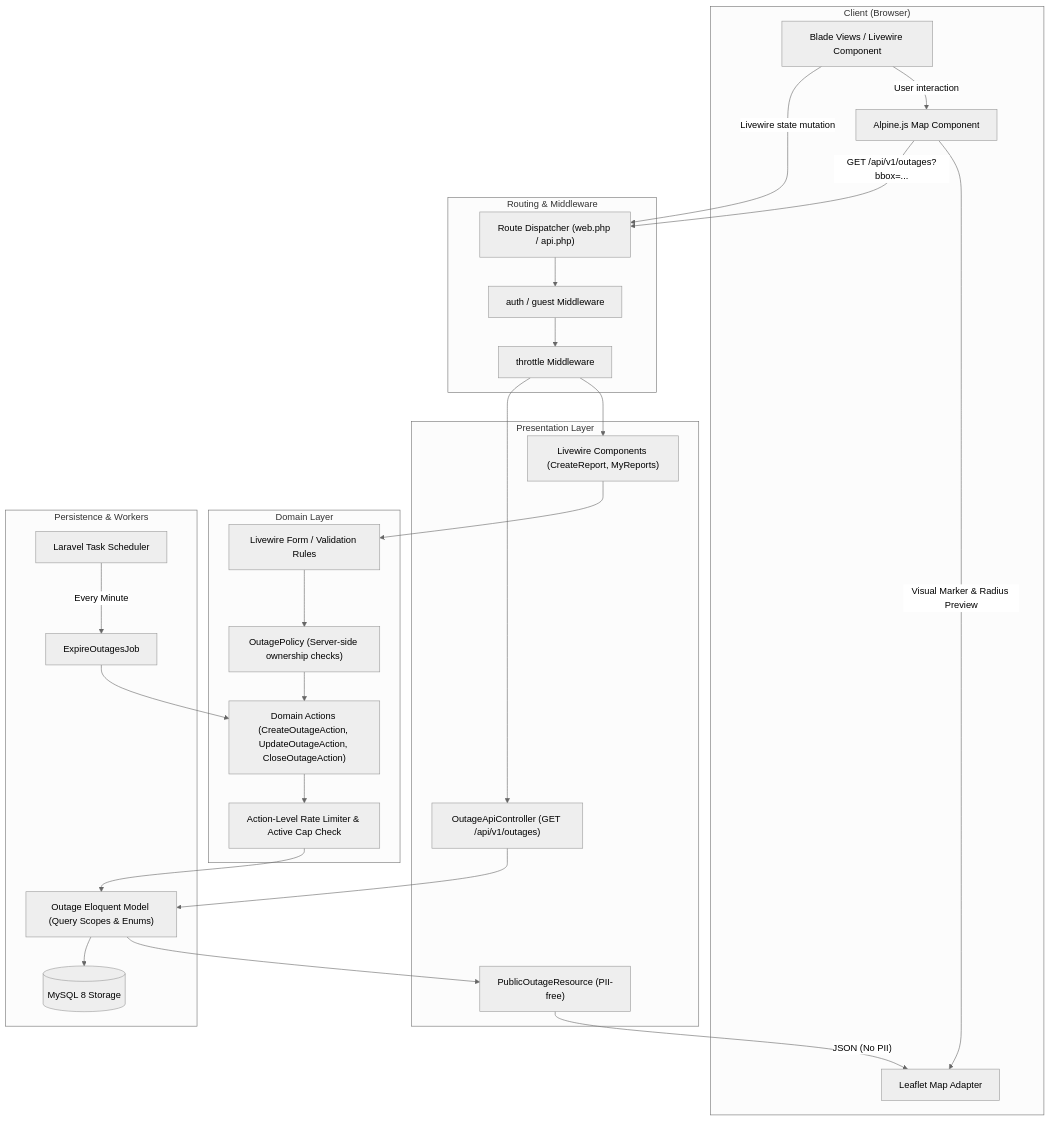
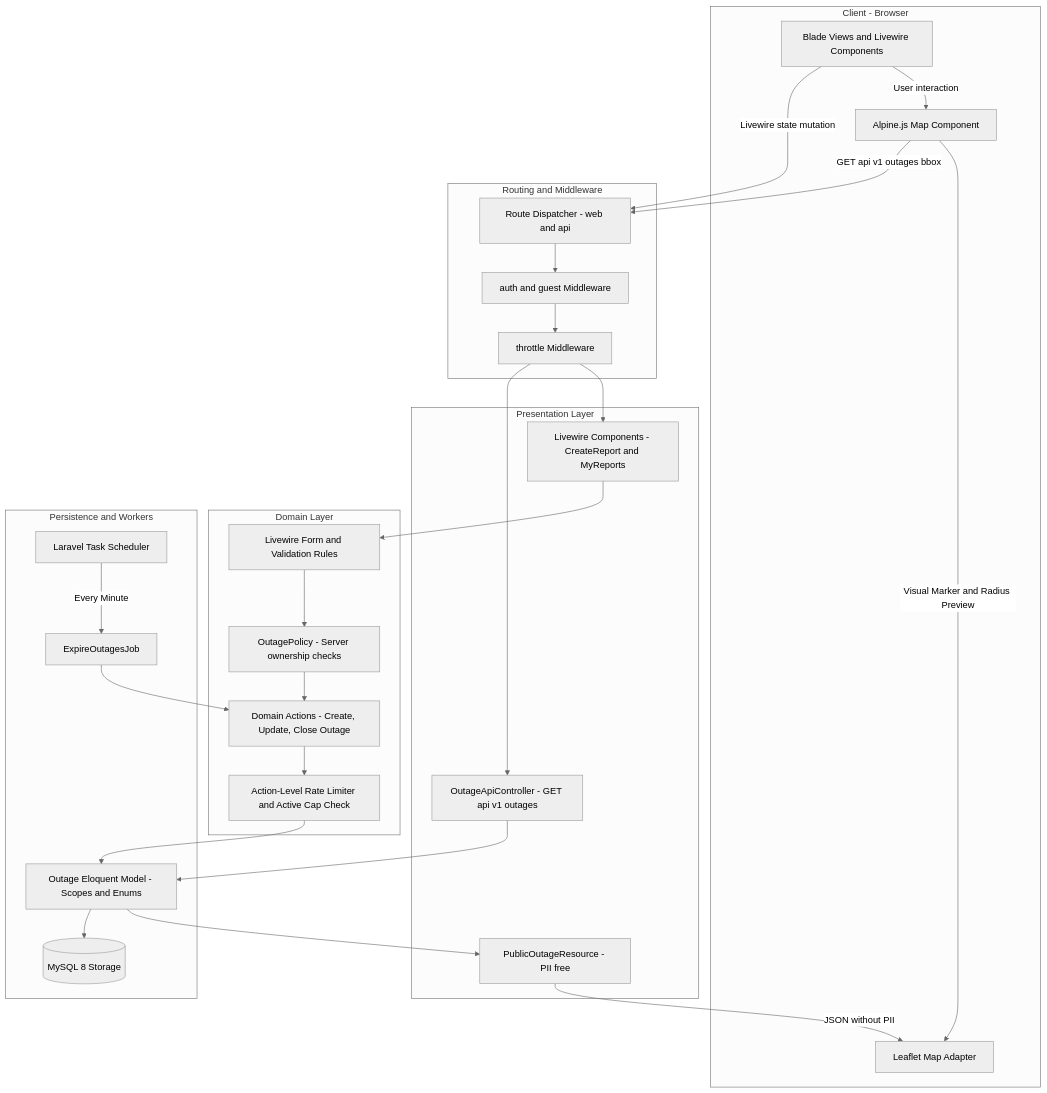
The second of 5 diagrams in ARCHITECTURE.md (AlbertsH13/power-outage-map), drawn with Mermaid (neutral theme) before and after one commit. The commit also changed other lines of this file and 64 other files, not shown here.

````diff
--- a/ARCHITECTURE.md
+++ b/ARCHITECTURE.md
@@ -52,58 +52,58 @@
 ```mermaid
 flowchart TD
-    subgraph Client ["Client (Browser)"]
-        UI["Blade Views / Livewire Component"]
+    subgraph Client ["Client - Browser"]
+        UI["Blade Views and Livewire Components"]
         Alpine["Alpine.js Map Component"]
         Adapter["Leaflet Map Adapter"]
     end
 
-    subgraph HTTP ["Routing & Middleware"]
-        Route["Route Dispatcher (web.php / api.php)"]
-        AuthMid["auth / guest Middleware"]
+    subgraph HTTP ["Routing and Middleware"]
+        Route["Route Dispatcher - web and api"]
+        AuthMid["auth and guest Middleware"]
         ThrottleMid["throttle Middleware"]
     end
 
     subgraph Presentation ["Presentation Layer"]
-        LWComponent["Livewire Components (CreateReport, MyReports)"]
-        ApiController["OutageApiController (GET /api/v1/outages)"]
-        Resource["PublicOutageResource (PII-free)"]
+        LWComponent["Livewire Components - CreateReport and MyReports"]
+        ApiController["OutageApiController - GET api v1 outages"]
+        Resource["PublicOutageResource - PII free"]
     end
 
     subgraph Domain ["Domain Layer"]
-        Policy["OutagePolicy (Server-side ownership checks)"]
-        FormRequest["Livewire Form / Validation Rules"]
-        Actions["Domain Actions (CreateOutageAction, UpdateOutageAction, CloseOutageAction)"]
-        ActionLimiter["Action-Level Rate Limiter & Active Cap Check"]
+        Policy["OutagePolicy - Server ownership checks"]
+        FormRequest["Livewire Form and Validation Rules"]
+        Actions["Domain Actions - Create, Update, Close Outage"]
+        ActionLimiter["Action-Level Rate Limiter and Active Cap Check"]
     end
 
-    subgraph Persistence ["Persistence & Workers"]
-        Model["Outage Eloquent Model (Query Scopes & Enums)"]
+    subgraph Persistence ["Persistence and Workers"]
+        Model["Outage Eloquent Model - Scopes and Enums"]
         DB[("MySQL 8 Storage")]
         Job["ExpireOutagesJob"]
         SchedulerCron["Laravel Task Scheduler"]
     end
 
     UI -->|"User interaction"| Alpine
-    Alpine -->|"Visual Marker & Radius Preview"| Adapter
+    Alpine -->|"Visual Marker and Radius Preview"| Adapter
     UI -->|"Livewire state mutation"| Route
-    Alpine -->|"GET /api/v1/outages?bbox=..."| Route
+    Alpine -->|"GET api v1 outages bbox"| Route
 
     Route --> AuthMid
     AuthMid --> ThrottleMid
     ThrottleMid --> LWComponent
     ThrottleMid --> ApiController
 
     ApiController --> Model
     Model --> Resource
-    Resource -->|"JSON (No PII)"| Adapter
+    Resource -->|"JSON without PII"| Adapter
 
     LWComponent --> FormRequest
     FormRequest --> Policy
     Policy --> Actions
     Actions --> ActionLimiter
     ActionLimiter --> Model
     Model --> DB
 
     SchedulerCron -->|"Every Minute"| Job
     Job --> Actions
 ```
````
